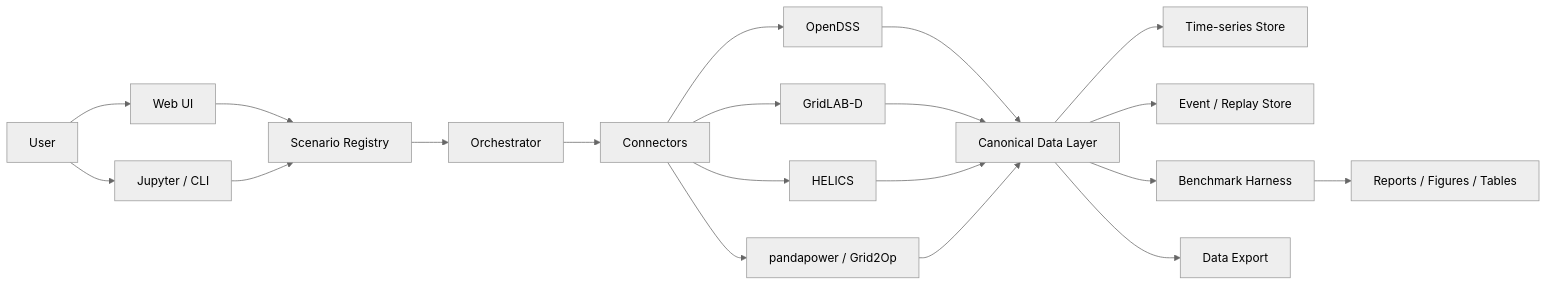
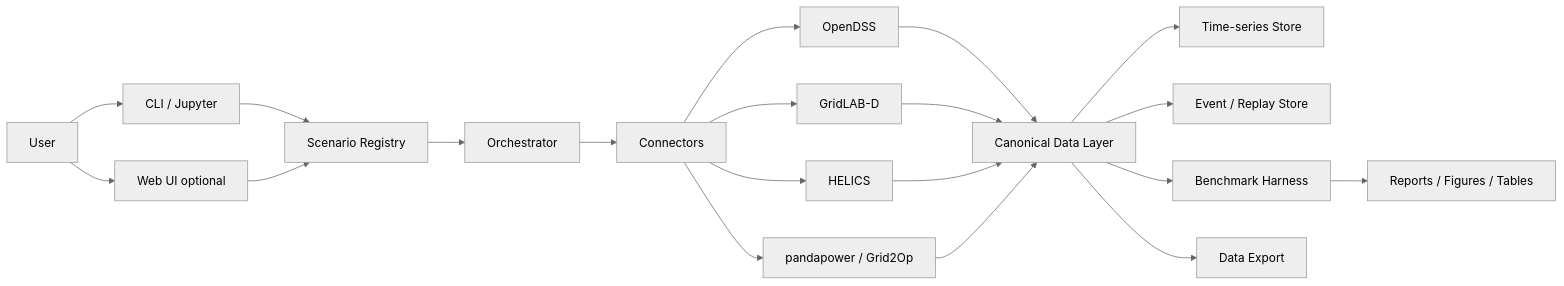
Before and after one commit to bottlenome/gridflow: the diagram in docs/gridtwin_lab_plan.md, drawn with Mermaid (neutral theme). The commit also changed other lines of this file, not shown here.

Commit message:
docs: CLI-first approach — demote Web UI to optional/auxiliary

````diff
--- a/docs/gridtwin_lab_plan.md
+++ b/docs/gridtwin_lab_plan.md
@@ -251,26 +252,26 @@
 ```mermaid
 flowchart LR
-  U[User] --> W[Web UI]
-  U --> N[Jupyter / CLI]
+  U[User] --> N[CLI / Jupyter]
+  U --> W[Web UI optional]
 
-  W --> S[Scenario Registry]
-  N --> S
+  N --> S[Scenario Registry]
+  W --> S
 
   S --> O[Orchestrator]
   O --> C[Connectors]
   C --> D1[OpenDSS]
   C --> D2[GridLAB-D]
   C --> D3[HELICS]
   C --> D4[pandapower / Grid2Op]
 
   D1 --> CDL[Canonical Data Layer]
   D2 --> CDL
   D3 --> CDL
   D4 --> CDL
 
   CDL --> TS[Time-series Store]
   CDL --> EV[Event / Replay Store]
   CDL --> B[Benchmark Harness]
   CDL --> EX[Data Export]
   B --> R[Reports / Figures / Tables]
 ```
````
